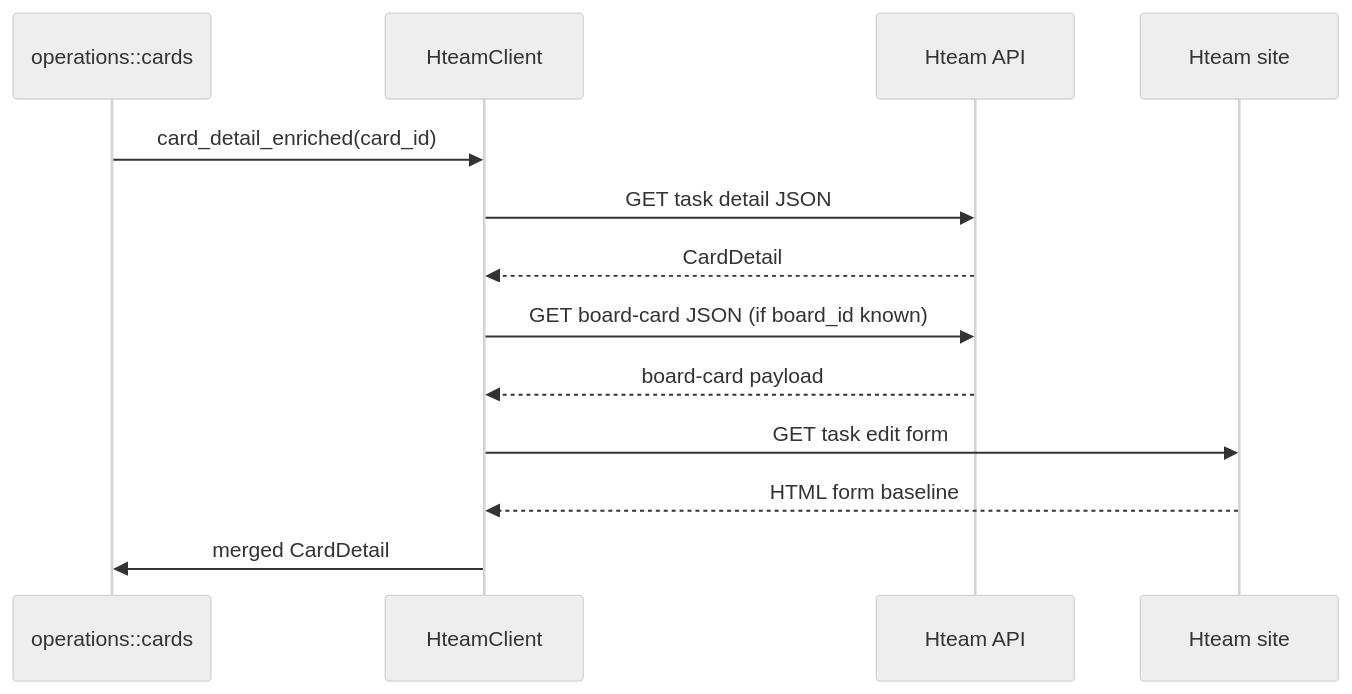
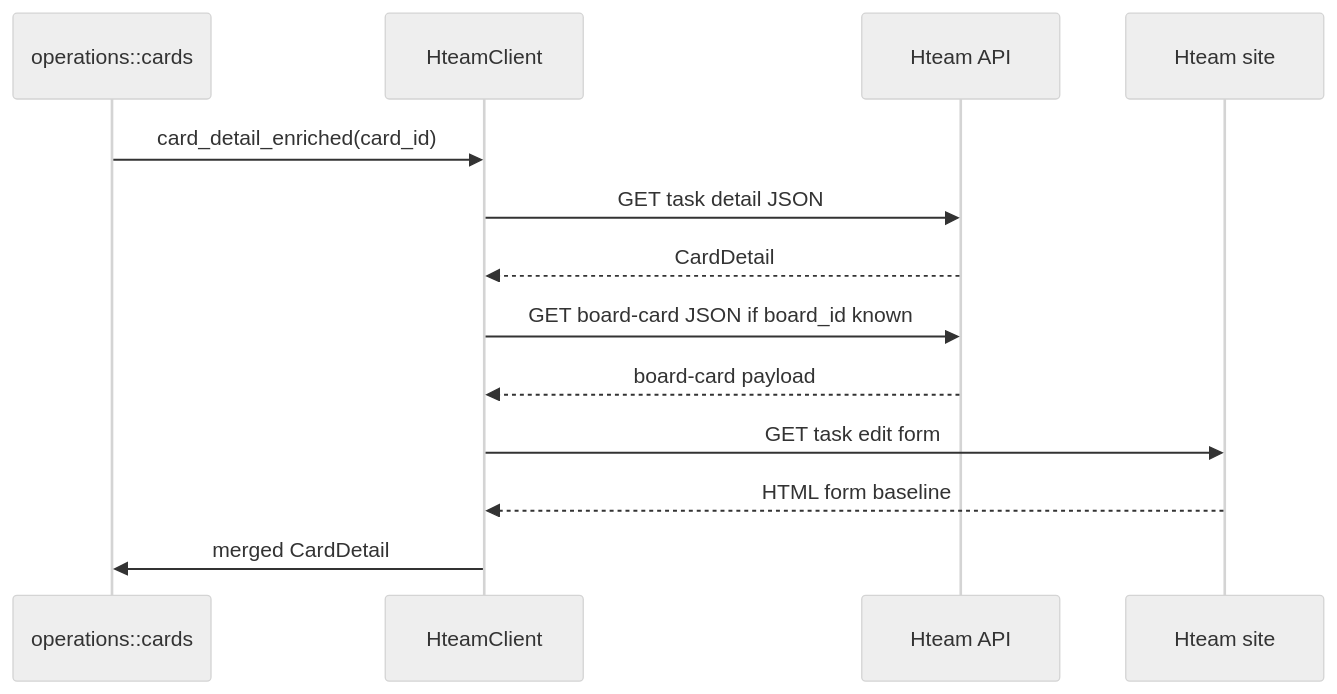
Before and after one commit to 4DRIAN0RTIZ/hteam-cli: the second of 3 diagrams in openwiki/integrations/hteam-api.md, drawn with Mermaid (neutral theme). The commit also changed other lines of this file and 25 other files, not shown here.

````diff
--- a/openwiki/integrations/hteam-api.md
+++ b/openwiki/integrations/hteam-api.md
@@ -95,16 +103,16 @@
 ```mermaid
 sequenceDiagram
     participant Ops as operations::cards
     participant Client as HteamClient
     participant API as Hteam API
     participant Site as Hteam site
 
     Ops->>Client: card_detail_enriched(card_id)
     Client->>API: GET task detail JSON
     API-->>Client: CardDetail
-    Client->>API: GET board-card JSON (if board_id known)
+    Client->>API: GET board-card JSON if board_id known
     API-->>Client: board-card payload
     Client->>Site: GET task edit form
     Site-->>Client: HTML form baseline
     Client->>Ops: merged CardDetail
 ```
````
